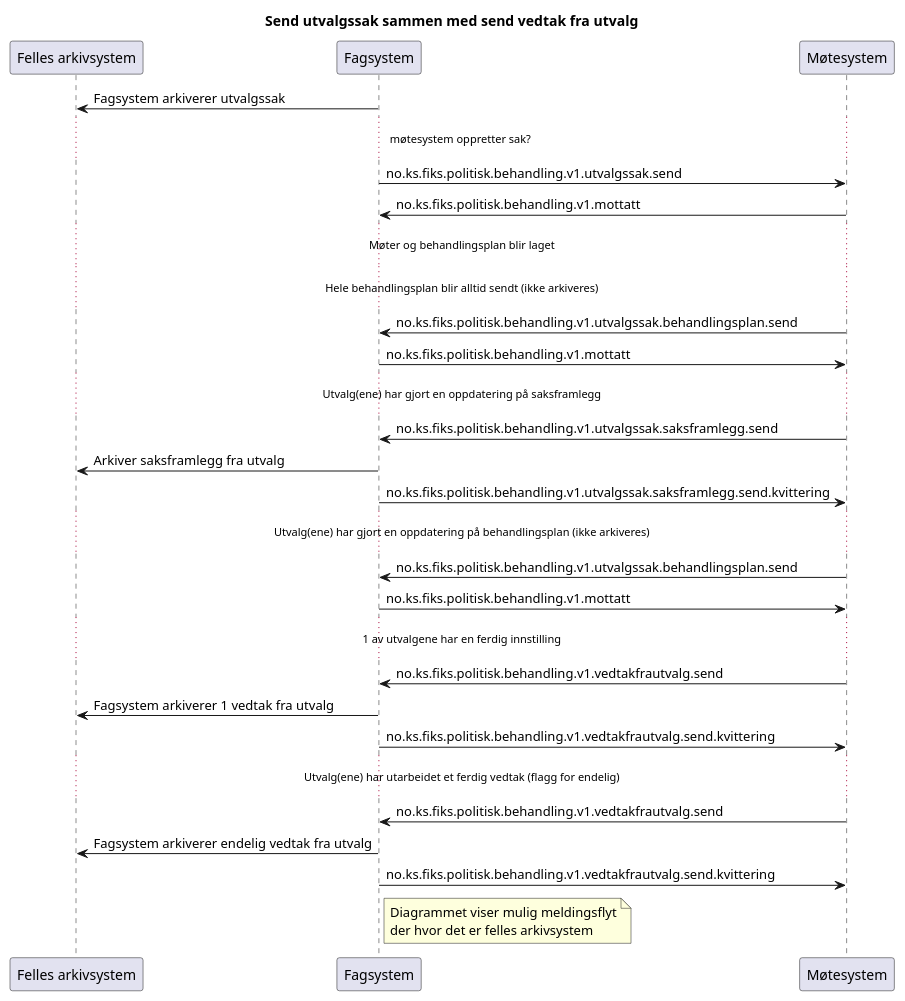
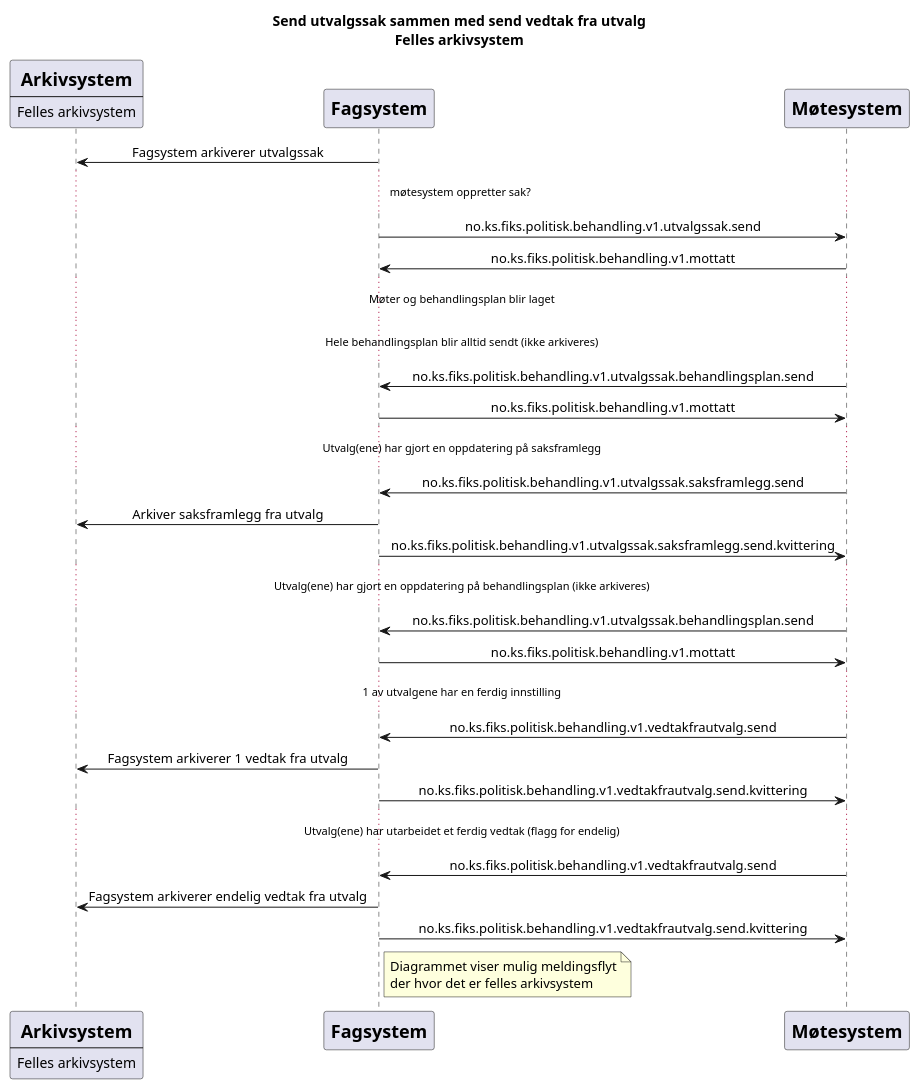
The diagram in Dokumentasjon/V1/meldingsutveksling/utvalgssak-send-med-vedtakfrautvalg-send/sekvensdiagram/sekvensdiagram-utvalgssak-felles-arkivsystem.puml (ks-no/fiks-politisk-behandling-specification), drawn with PlantUML before and after one commit. The commit also changed 7 other files, not shown here.

Commit message:
Lagt til nytt diagram og oppdatert noen eksisterende for å gjøre det mer tydelig

```diff
--- a/Dokumentasjon/V1/meldingsutveksling/utvalgssak-send-med-vedtakfrautvalg-send/sekvensdiagram/sekvensdiagram-utvalgssak-felles-arkivsystem.puml
+++ b/Dokumentasjon/V1/meldingsutveksling/utvalgssak-send-med-vedtakfrautvalg-send/sekvensdiagram/sekvensdiagram-utvalgssak-felles-arkivsystem.puml
@@ -1,57 +1,69 @@
 @startuml
-title "Send utvalgssak sammen med send vedtak fra utvalg"
+skinparam sequenceMessageAlign center 
 
-participant Arkivsystem as "Felles arkivsystem"
-participant Fagsystem as "Fagsystem"
-participant Møtesystem as "Møtesystem"
+title "Send utvalgssak sammen med send vedtak fra utvalg\nFelles arkivsystem"
+
+participant Arkivsystem [
+    =Arkivsystem
+    ----
+    Felles arkivsystem
+]
+
+participant Fagsystem [
+    =Fagsystem
+]
+
+participant Møtesystem [
+    =Møtesystem
+    ]
 
 Fagsystem -> Arkivsystem : Fagsystem arkiverer utvalgssak
 
 ...møtesystem oppretter sak? ...
 
 Fagsystem -> Møtesystem : no.ks.fiks.politisk.behandling.v1.utvalgssak.send
 Fagsystem <- Møtesystem : no.ks.fiks.politisk.behandling.v1.mottatt
 
 ...Møter og behandlingsplan blir laget...
 ...Hele behandlingsplan blir alltid sendt (ikke arkiveres)...
 
 Fagsystem <- Møtesystem : no.ks.fiks.politisk.behandling.v1.utvalgssak.behandlingsplan.send
 Fagsystem -> Møtesystem : no.ks.fiks.politisk.behandling.v1.mottatt
 
 
 ...Utvalg(ene) har gjort en oppdatering på saksframlegg...
 
 Fagsystem <- Møtesystem : no.ks.fiks.politisk.behandling.v1.utvalgssak.saksframlegg.send
 Fagsystem -> Arkivsystem : Arkiver saksframlegg fra utvalg
 Fagsystem -> Møtesystem : no.ks.fiks.politisk.behandling.v1.utvalgssak.saksframlegg.send.kvittering
 
 
 ...Utvalg(ene) har gjort en oppdatering på behandlingsplan (ikke arkiveres)...
 
 Fagsystem <- Møtesystem : no.ks.fiks.politisk.behandling.v1.utvalgssak.behandlingsplan.send
 Fagsystem -> Møtesystem : no.ks.fiks.politisk.behandling.v1.mottatt
 
 
 
 
 ...1 av utvalgene har en ferdig innstilling...
 
 
 Møtesystem -> Fagsystem : no.ks.fiks.politisk.behandling.v1.vedtakfrautvalg.send
 Fagsystem -> Arkivsystem : Fagsystem arkiverer 1 vedtak fra utvalg
 Fagsystem -> Møtesystem : no.ks.fiks.politisk.behandling.v1.vedtakfrautvalg.send.kvittering
 
 
 ...Utvalg(ene) har utarbeidet et ferdig vedtak (flagg for endelig)...
 
 
 Møtesystem -> Fagsystem : no.ks.fiks.politisk.behandling.v1.vedtakfrautvalg.send
 Fagsystem -> Arkivsystem : Fagsystem arkiverer endelig vedtak fra utvalg
 Fagsystem -> Møtesystem : no.ks.fiks.politisk.behandling.v1.vedtakfrautvalg.send.kvittering
 
 note right of Fagsystem
 Diagrammet viser mulig meldingsflyt
 der hvor det er felles arkivsystem
 end note
 
 @enduml
```
